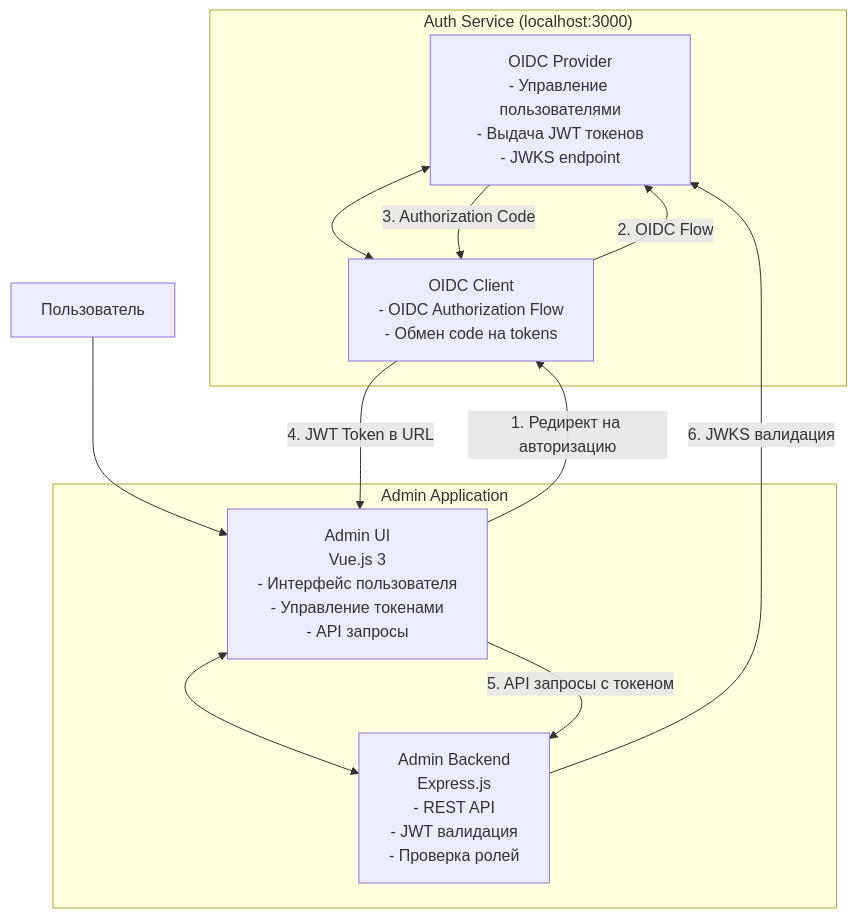
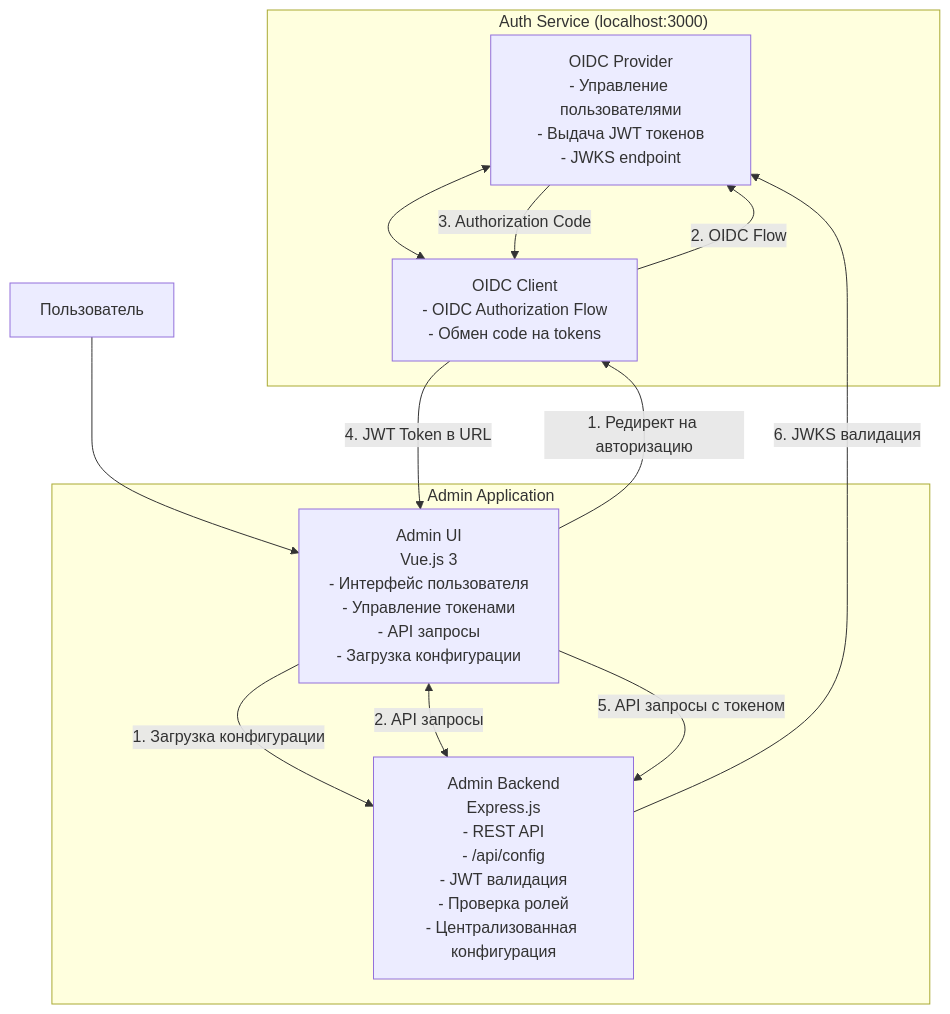
One commit to antirek/openid-connect-demo changed the second of 2 diagrams in docs/AUTH_CONCEPT.md. Above: the diagram before and after it, drawn with Mermaid. The commit also changed other lines of this file and 7 other files, not shown here.

````diff
--- a/docs/AUTH_CONCEPT.md
+++ b/docs/AUTH_CONCEPT.md
@@ -390,22 +425,23 @@
 ```mermaid
 graph TB
     subgraph "Auth Service (localhost:3000)"
         Provider[OIDC Provider<br/>- Управление пользователями<br/>- Выдача JWT токенов<br/>- JWKS endpoint]
         Client[OIDC Client<br/>- OIDC Authorization Flow<br/>- Обмен code на tokens]
         Provider <--> Client
     end
     
     subgraph "Admin Application"
-        UI[Admin UI<br/>Vue.js 3<br/>- Интерфейс пользователя<br/>- Управление токенами<br/>- API запросы]
-        Backend[Admin Backend<br/>Express.js<br/>- REST API<br/>- JWT валидация<br/>- Проверка ролей]
-        UI <--> Backend
+        UI[Admin UI<br/>Vue.js 3<br/>- Интерфейс пользователя<br/>- Управление токенами<br/>- API запросы<br/>- Загрузка конфигурации]
+        Backend[Admin Backend<br/>Express.js<br/>- REST API<br/>- /api/config<br/>- JWT валидация<br/>- Проверка ролей<br/>- Централизованная конфигурация]
+        UI -->|1. Загрузка конфигурации| Backend
+        UI <-->|2. API запросы| Backend
     end
     
     User[Пользователь] --> UI
     UI -->|1. Редирект на авторизацию| Client
     Client -->|2. OIDC Flow| Provider
     Provider -->|3. Authorization Code| Client
     Client -->|4. JWT Token в URL| UI
     UI -->|5. API запросы с токеном| Backend
     Backend -->|6. JWKS валидация| Provider
 ```
````
